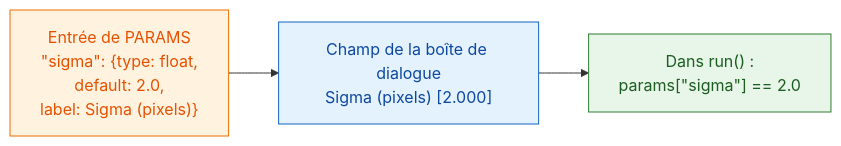
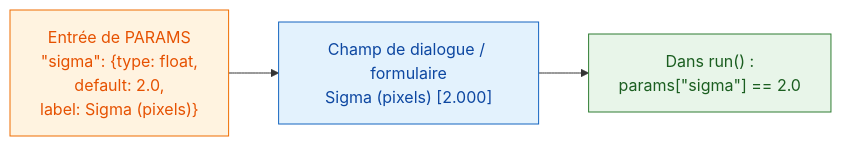
Before and after one commit to Oxford-Zeiss-Centre-of-Excellence/Wavu: the diagram in guide/write/params.fr.md, drawn with Mermaid. The commit also changed other lines of this file and 70 other files, not shown here.

````diff
--- a/guide/write/params.fr.md
+++ b/guide/write/params.fr.md
@@ -12,11 +14,11 @@
 ```mermaid
 flowchart LR
     P["Entrée de PARAMS<br/>&quot;sigma&quot;: {type: float,<br/>default: 2.0,<br/>label: Sigma (pixels)}"]:::script
-    D["Champ de la boîte de dialogue<br/>Sigma (pixels) [2.000]"]:::fiji
+    D["Champ de dialogue / formulaire<br/>Sigma (pixels) [2.000]"]:::fiji
     R["Dans run() :<br/>params[&quot;sigma&quot;] == 2.0"]:::worker
     P --> D --> R
 
     classDef fiji   fill:#e3f2fd,stroke:#1565c0,color:#0d47a1
     classDef worker fill:#e8f5e9,stroke:#2e7d32,color:#1b5e20
     classDef script fill:#fff3e0,stroke:#ef6c00,color:#e65100
 ```
````
